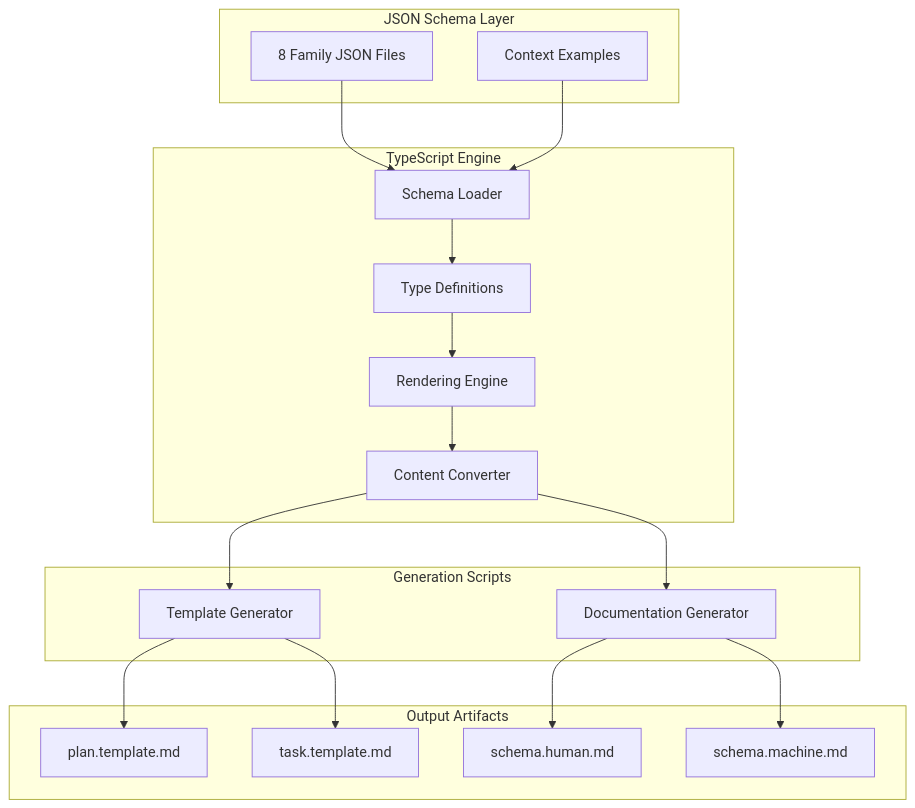
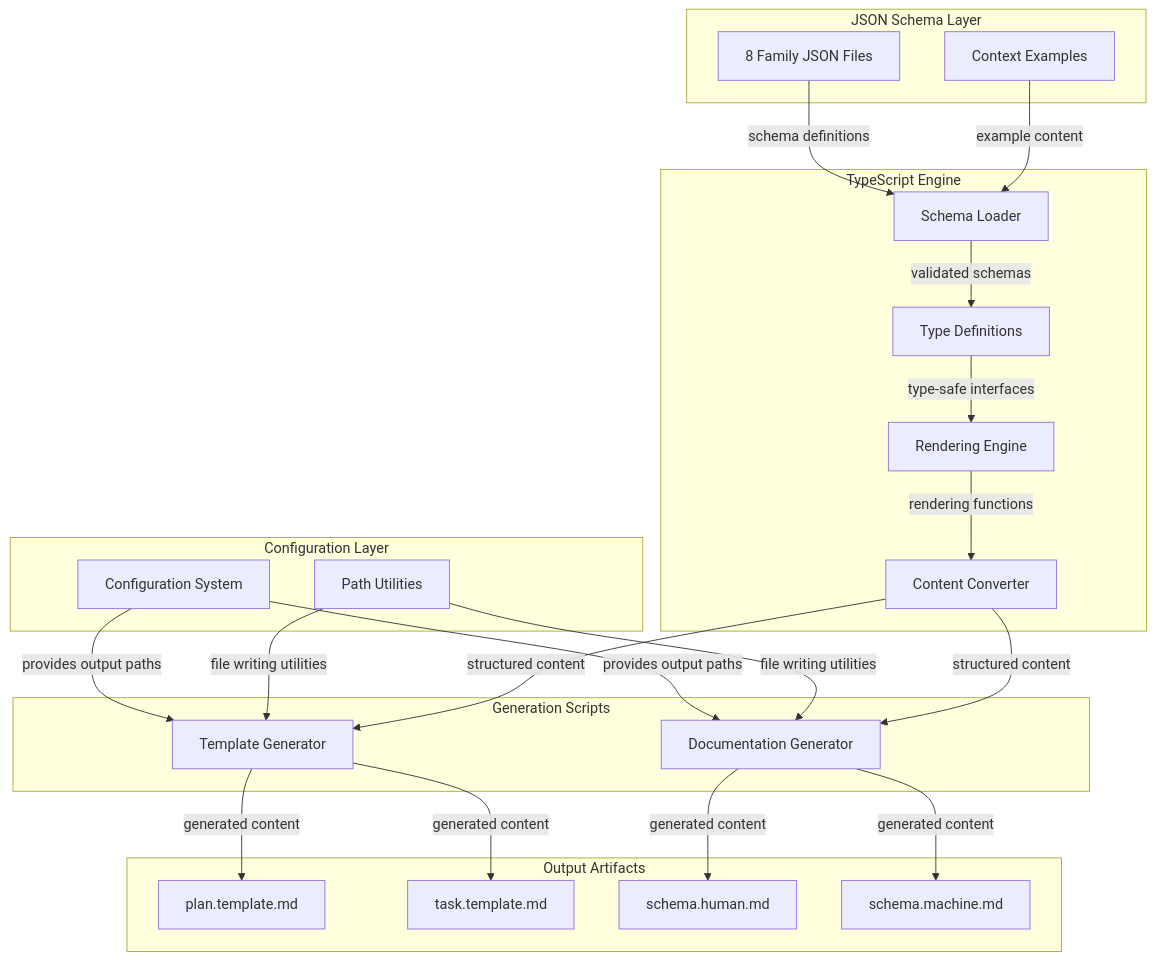
Before and after one commit to livelifelively/documentation-driven-development-tools: the seventh of 10 diagrams in docs/requirements/p1.plan.md, drawn with Mermaid. The commit also changed other lines of this file, not shown here.

````diff
--- a/docs/requirements/p1.plan.md
+++ b/docs/requirements/p1.plan.md
@@ -326,38 +381,47 @@
 ```mermaid
 graph TB
+    subgraph "Configuration Layer"
+        CONFIG["Configuration System"]
+        PATHS["Path Utilities"]
+    end
+
     subgraph "JSON Schema Layer"
         A["8 Family JSON Files"]
         B["Context Examples"]
     end
 
     subgraph "TypeScript Engine"
         C["Schema Loader"]
         D["Type Definitions"]
         E["Rendering Engine"]
         F["Content Converter"]
     end
 
     subgraph "Generation Scripts"
         G["Template Generator"]
         H["Documentation Generator"]
     end
 
     subgraph "Output Artifacts"
         I["plan.template.md"]
         J["task.template.md"]
         K["schema.human.md"]
         L["schema.machine.md"]
     end
 
-    A --> C
-    B --> C
-    C --> D
-    D --> E
-    E --> F
-    F --> G
-    F --> H
-    G --> I
-    G --> J
-    H --> K
-    H --> L
+    CONFIG -->|"provides output paths"| G
+    CONFIG -->|"provides output paths"| H
+    PATHS -->|"file writing utilities"| G
+    PATHS -->|"file writing utilities"| H
+    A -->|"schema definitions"| C
+    B -->|"example content"| C
+    C -->|"validated schemas"| D
+    D -->|"type-safe interfaces"| E
+    E -->|"rendering functions"| F
+    F -->|"structured content"| G
+    F -->|"structured content"| H
+    G -->|"generated content"| I
+    G -->|"generated content"| J
+    H -->|"generated content"| K
+    H -->|"generated content"| L
 ```
````
